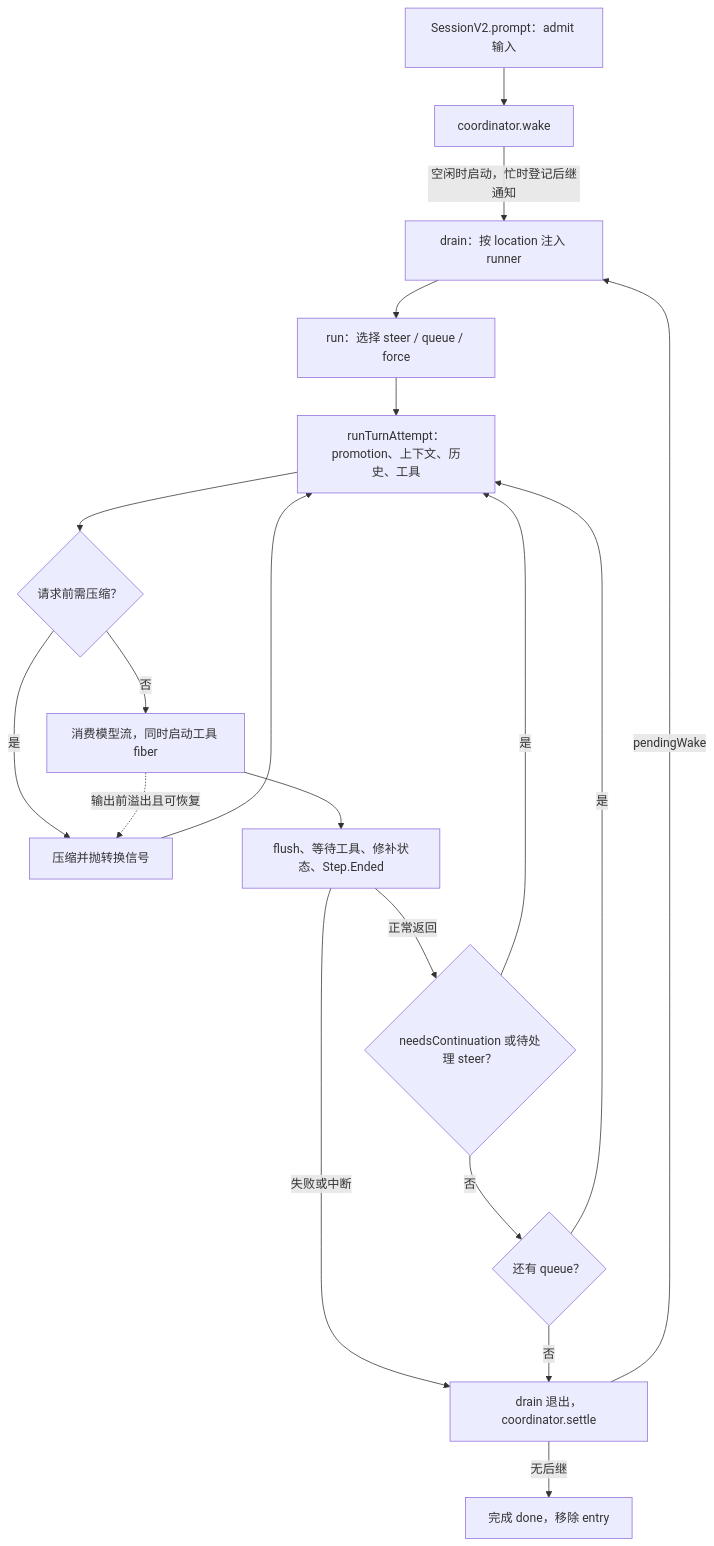
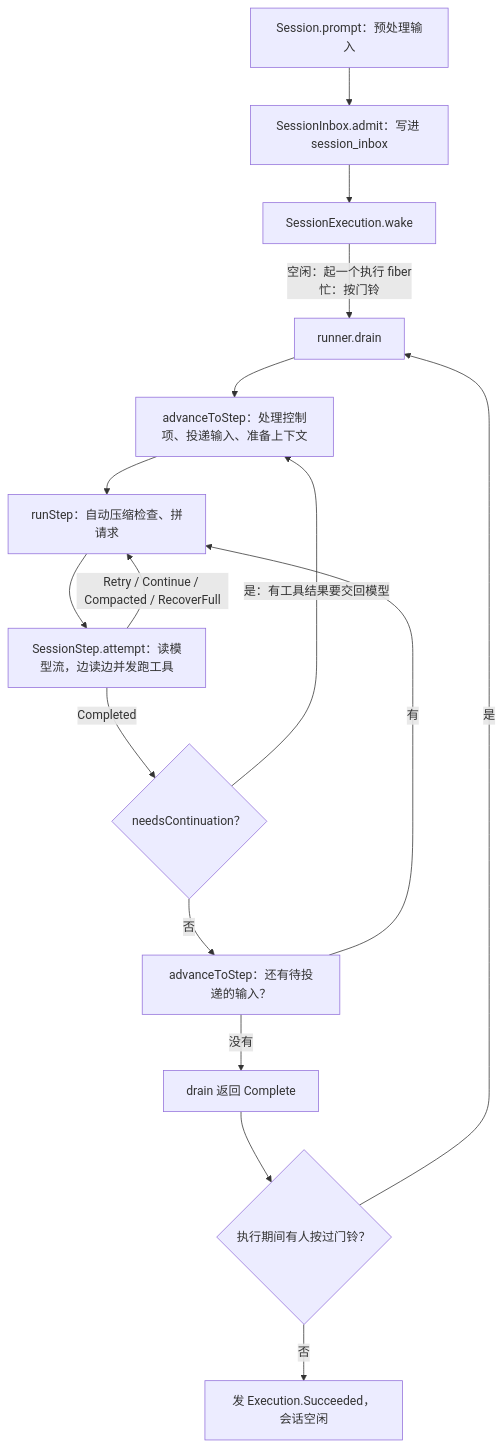
Before and after one commit to nickqiaoo/nickqiaoo.github.io: the second of 13 diagrams in src/content/post/agents-opencode/index.md, drawn with Mermaid. The commit also changed other lines of this file and 1 other file, not shown here.

````diff
--- a/src/content/post/agents-opencode/index.md
+++ b/src/content/post/agents-opencode/index.md
@@ -41,21 +61,18 @@
 ```mermaid
 flowchart TD
-  P["SessionV2.prompt：admit 输入"] --> W["coordinator.wake"]
-  W -->|空闲时启动，忙时登记后继通知| D["drain：按 location 注入 runner"]
-  D --> R["run：选择 steer / queue / force"]
-  R --> A["runTurnAttempt：promotion、上下文、历史、工具"]
-  A --> C{"请求前需压缩？"}
-  C -->|是| X["压缩并抛转换信号"]
-  X --> A
-  C -->|否| M["消费模型流，同时启动工具 fiber"]
-  M --> S["flush、等待工具、修补状态、Step.Ended"]
-  S -->|正常返回| N{"needsContinuation 或待处理 steer？"}
-  N -->|是| A
-  N -->|否| Q{"还有 queue？"}
-  Q -->|是| A
-  S -->|失败或中断| E
-  Q -->|否| E["drain 退出，coordinator.settle"]
-  E -->|pendingWake| D
-  E -->|无后继| I["完成 done，移除 entry"]
-  M -.->|输出前溢出且可恢复| X
+  P["Session.prompt：预处理输入"] --> A["SessionInbox.admit：写进 session_inbox"]
+  A --> W["SessionExecution.wake"]
+  W -->|空闲：起一个执行 fiber<br/>忙：按门铃| D["runner.drain"]
+  D --> S["advanceToStep：处理控制项、投递输入、准备上下文"]
+  S --> R["runStep：自动压缩检查、拼请求"]
+  R --> T["SessionStep.attempt：读模型流，边读边并发跑工具"]
+  T -->|Retry / Continue / Compacted / RecoverFull| R
+  T -->|Completed| N{"needsContinuation？"}
+  N -->|是：有工具结果要交回模型| S
+  N -->|否| S2["advanceToStep：还有待投递的输入？"]
+  S2 -->|有| R
+  S2 -->|没有| E["drain 返回 Complete"]
+  E --> C{"执行期间有人按过门铃？"}
+  C -->|是| D
+  C -->|否| I["发 Execution.Succeeded，会话空闲"]
 ```
````
